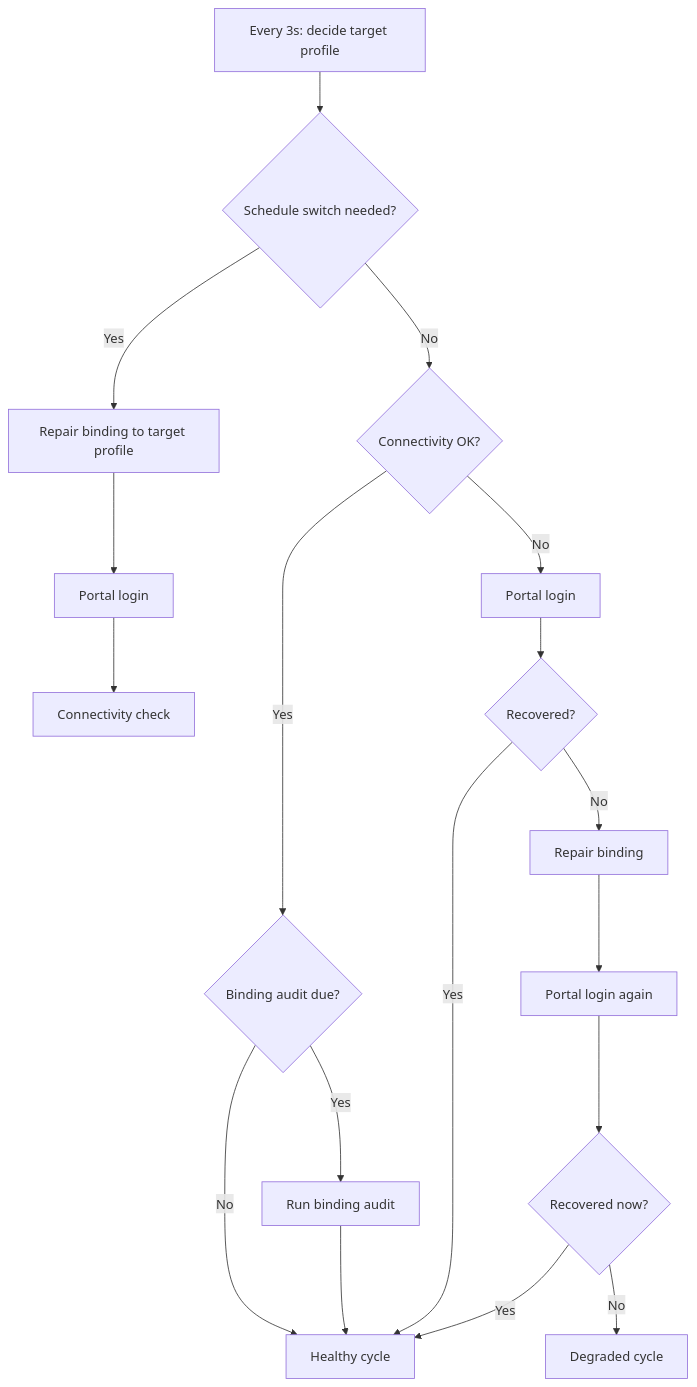
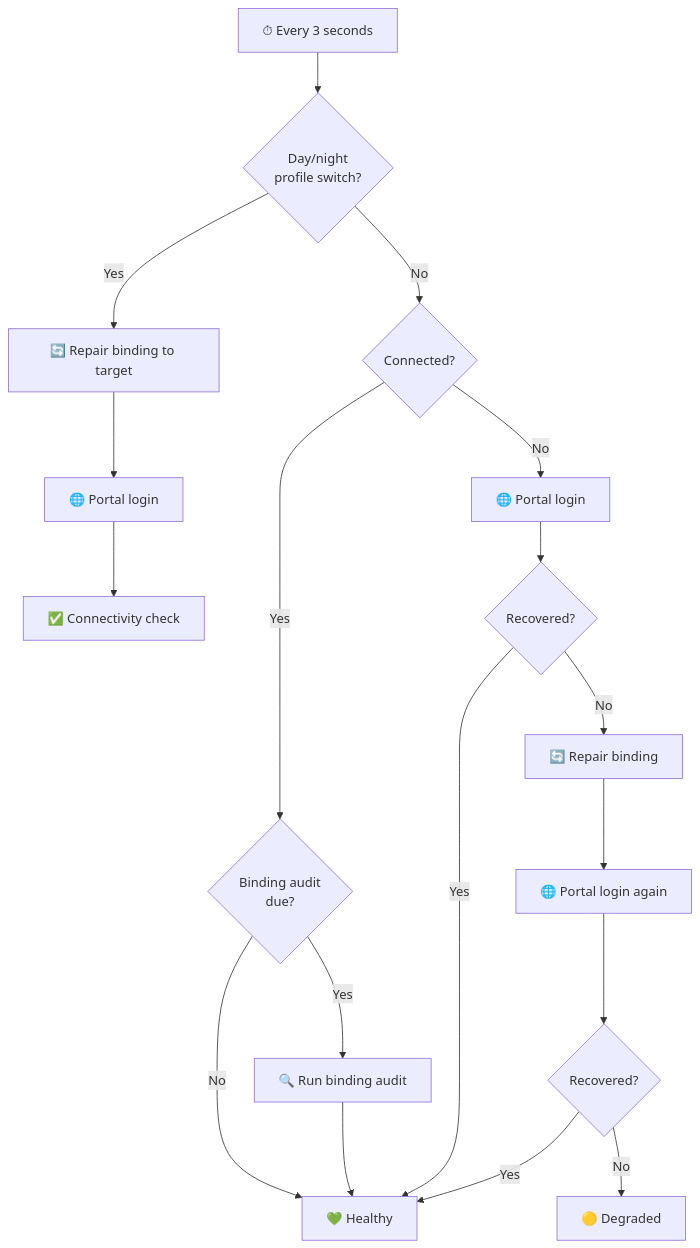
The first of 2 diagrams in README.en.md (sydneyunadapted247/njupt-net), drawn with Mermaid before and after one commit. The commit also changed other lines of this file and 1 other file, not shown here.

````diff
--- a/README.en.md
+++ b/README.en.md
@@ -98,20 +232,20 @@
 ```mermaid
 flowchart TD
-  A["Every 3s: decide target profile"] --> B{"Schedule switch needed?"}
-  B -- "Yes" --> C["Repair binding to target profile"]
-  C --> D["Portal login"]
-  D --> E["Connectivity check"]
-  B -- "No" --> F{"Connectivity OK?"}
-  F -- "Yes" --> G{"Binding audit due?"}
-  G -- "No" --> H["Healthy cycle"]
-  G -- "Yes" --> I["Run binding audit"]
+  A["⏱ Every 3 seconds"] --> B{"Day/night<br>profile switch?"}
+  B -- Yes --> C["🔄 Repair binding to target"]
+  C --> D["🌐 Portal login"]
+  D --> E["✅ Connectivity check"]
+  B -- No --> F{"Connected?"}
+  F -- Yes --> G{"Binding audit<br>due?"}
+  G -- No --> H["💚 Healthy"]
+  G -- Yes --> I["🔍 Run binding audit"]
   I --> H
-  F -- "No" --> J["Portal login"]
+  F -- No --> J["🌐 Portal login"]
   J --> K{"Recovered?"}
-  K -- "Yes" --> H
-  K -- "No" --> L["Repair binding"]
-  L --> M["Portal login again"]
-  M --> N{"Recovered now?"}
-  N -- "Yes" --> H
-  N -- "No" --> O["Degraded cycle"]
+  K -- Yes --> H
+  K -- No --> L["🔄 Repair binding"]
+  L --> M["🌐 Portal login again"]
+  M --> N{"Recovered?"}
+  N -- Yes --> H
+  N -- No --> O["🟡 Degraded"]
 ```
````
